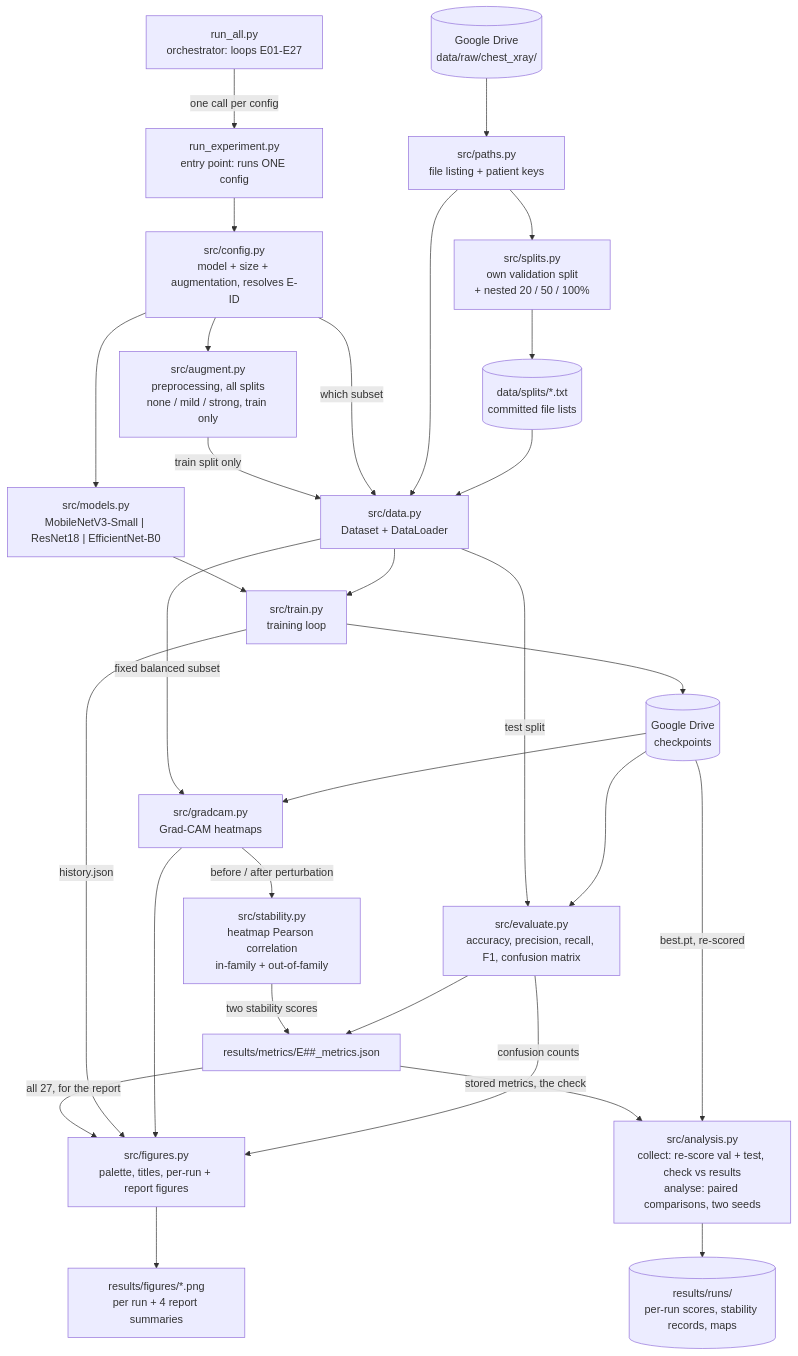
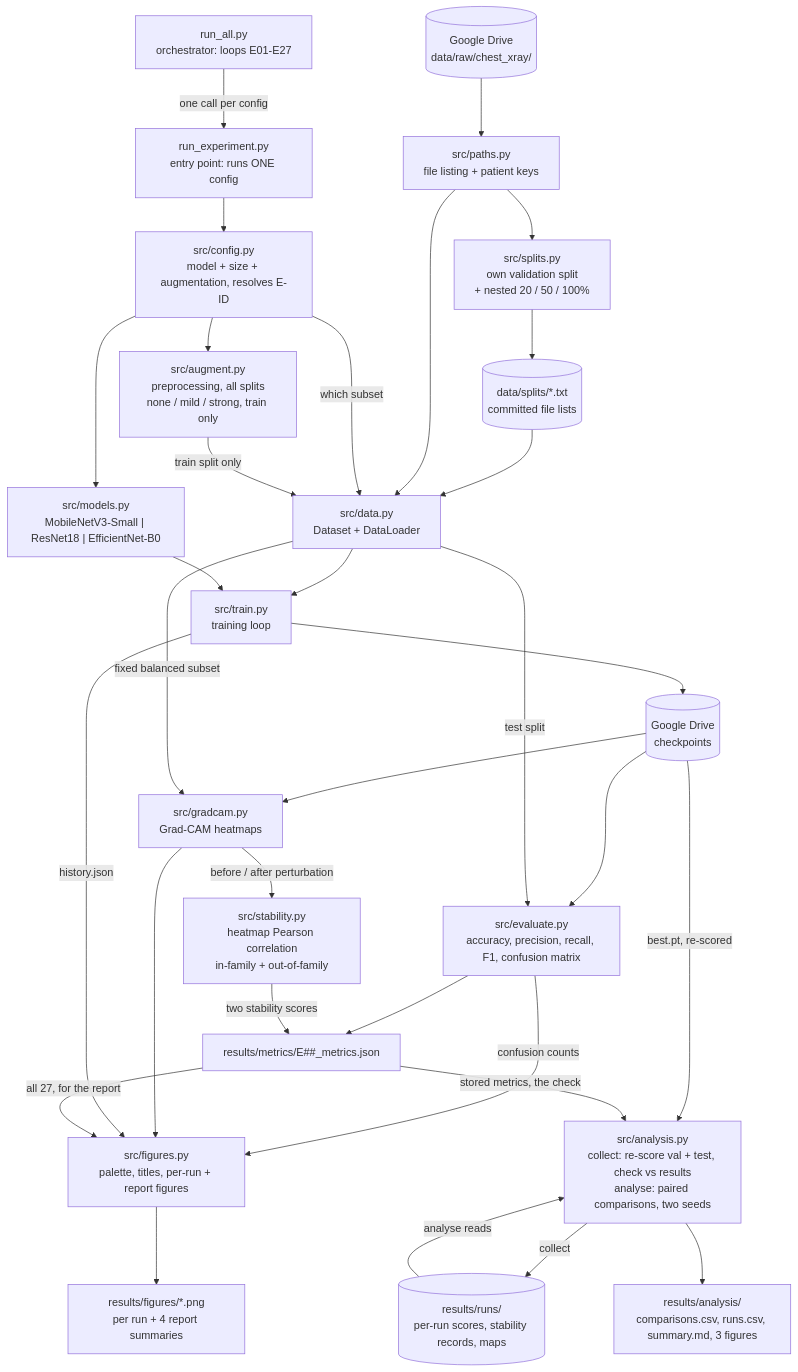
Before and after one commit to orbakish/limited-data-pneumonia-classification: the diagram in docs/architecture.md, drawn with Mermaid. The commit also changed other lines of this file and 9 other files, not shown here.

First line of the commit message:
Add the analysis stage: paired comparisons across both seeds

````diff
--- a/docs/architecture.md
+++ b/docs/architecture.md
@@ -14,63 +14,66 @@
 ```mermaid
 flowchart TD
     RA["run_all.py<br/>orchestrator: loops E01-E27"]
     RE["run_experiment.py<br/>entry point: runs ONE config"]
     CFG["src/config.py<br/>model + size + augmentation, resolves E-ID"]
 
     RA -->|"one call per config"| RE
     RE --> CFG
 
     RAW[("Google Drive<br/>data/raw/chest_xray/")]
     PTH["src/paths.py<br/>file listing + patient keys"]
     SPL["src/splits.py<br/>own validation split<br/>+ nested 20 / 50 / 100%"]
     LST[("data/splits/*.txt<br/>committed file lists")]
     DS["src/data.py<br/>Dataset + DataLoader"]
     AUG["src/augment.py<br/>preprocessing, all splits<br/>none / mild / strong, train only"]
 
     RAW --> PTH
     PTH --> SPL
     SPL --> LST
     LST --> DS
     PTH --> DS
     CFG -->|"which subset"| DS
     AUG -->|"train split only"| DS
     CFG --> AUG
 
     MOD["src/models.py<br/>MobileNetV3-Small | ResNet18 | EfficientNet-B0"]
     TR["src/train.py<br/>training loop"]
     CKPT[("Google Drive<br/>checkpoints")]
 
     CFG --> MOD
     DS --> TR
     MOD --> TR
     TR --> CKPT
 
     EV["src/evaluate.py<br/>accuracy, precision, recall, F1, confusion matrix"]
     GC["src/gradcam.py<br/>Grad-CAM heatmaps"]
     ST["src/stability.py<br/>heatmap Pearson correlation<br/>in-family + out-of-family"]
 
     CKPT --> EV
     CKPT --> GC
     DS -->|"test split"| EV
     DS -->|"fixed balanced subset"| GC
     GC -->|"before / after perturbation"| ST
 
     FG["src/figures.py<br/>palette, titles, per-run + report figures"]
     MET["results/metrics/E##_metrics.json"]
     FIG["results/figures/*.png<br/>per run + 4 report summaries"]
 
     EV --> MET
     ST -->|"two stability scores"| MET
     EV -->|"confusion counts"| FG
     GC --> FG
     TR -->|"history.json"| FG
     MET -->|"all 27, for the report"| FG
     FG --> FIG
 
     AN["src/analysis.py<br/>collect: re-score val + test, check vs results<br/>analyse: paired comparisons, two seeds"]
     RUNS[("results/runs/<br/>per-run scores, stability records, maps")]
+    OUT["results/analysis/<br/>comparisons.csv, runs.csv, summary.md, 3 figures"]
 
     CKPT -->|"best.pt, re-scored"| AN
     MET -->|"stored metrics, the check"| AN
-    AN --> RUNS
+    AN -->|"collect"| RUNS
+    RUNS -->|"analyse reads"| AN
+    AN --> OUT
 ```
````
